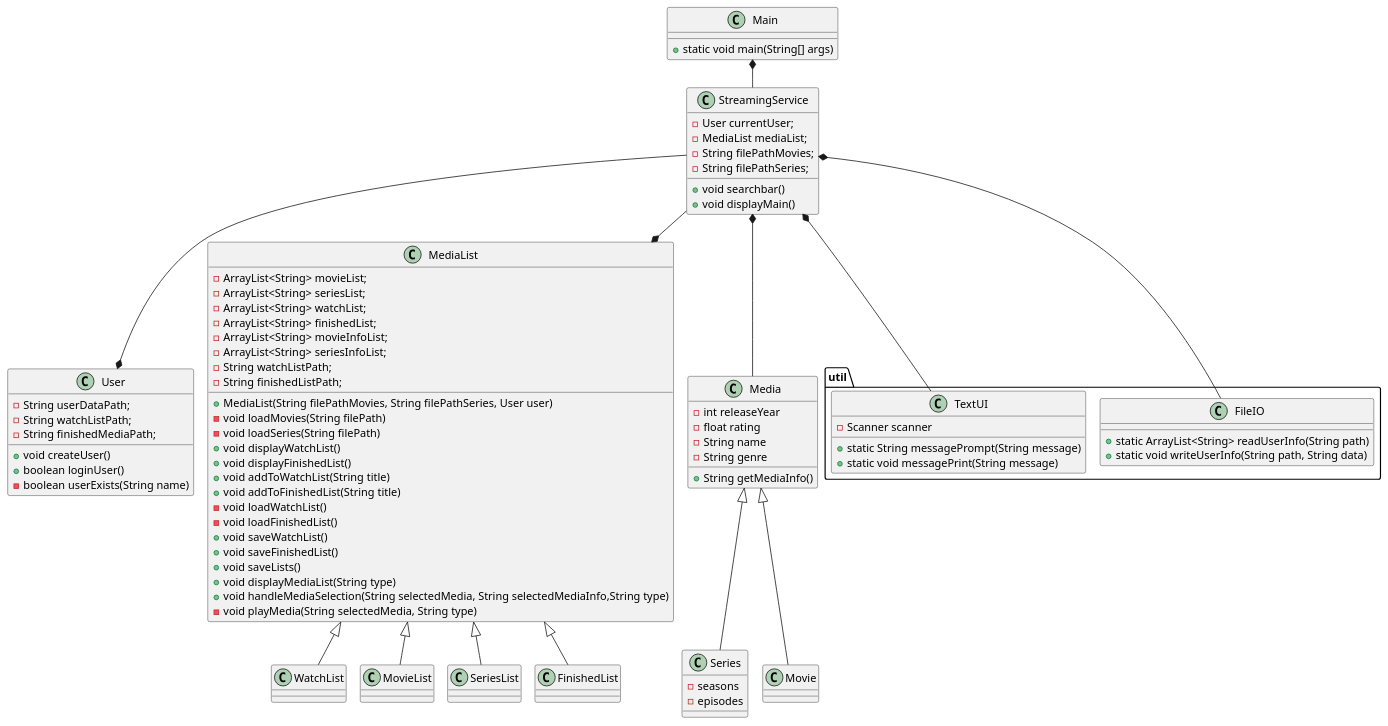
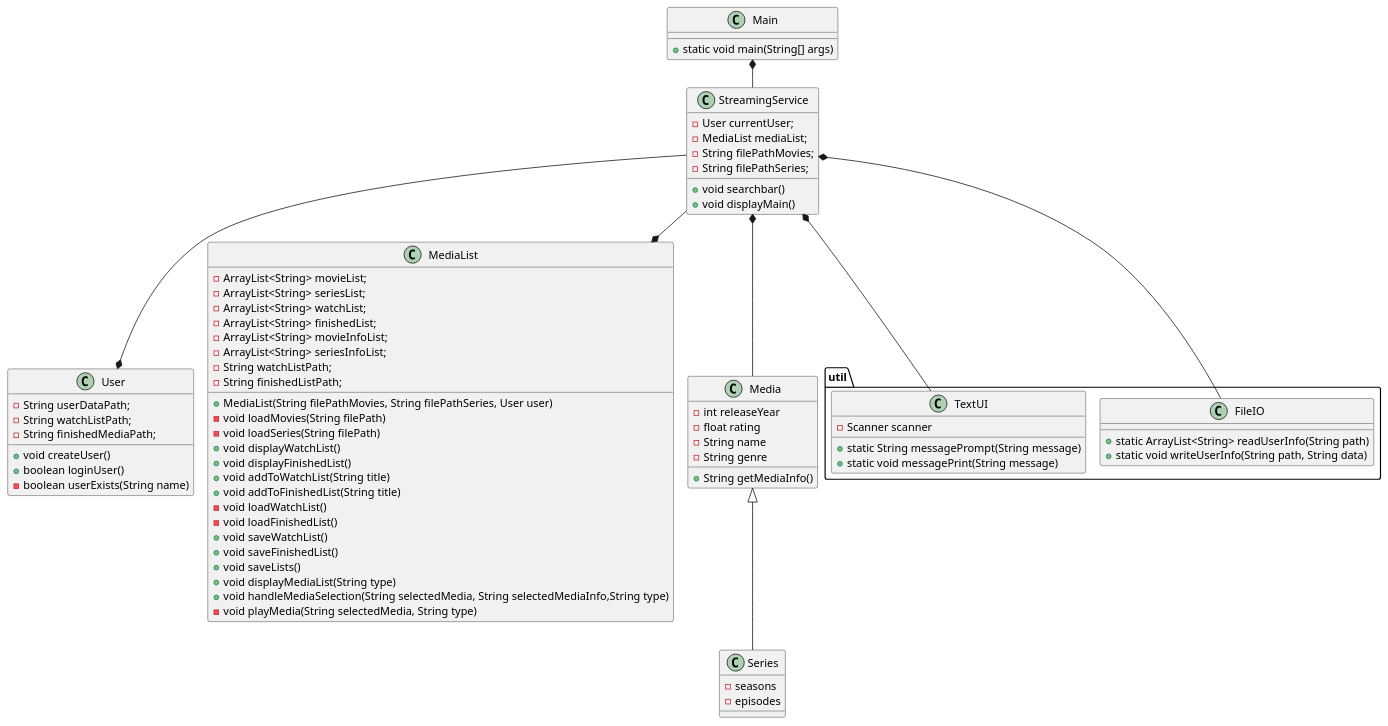
The diagram in doc/ClassDiagramV2.puml (AndreasKuke/SP3-TMA), drawn with PlantUML before and after one commit.

Commit message:
ClassDiagramV2 done

```diff
--- a/doc/ClassDiagramV2.puml
+++ b/doc/ClassDiagramV2.puml
@@ -1,117 +1,110 @@
 @startuml
 !pragma layout smetana
 'https://plantuml.com/class-diagram
 
 
 class User{
 - String userDataPath;
 - String watchListPath;
 - String finishedMediaPath;
 
 + void createUser()
 + boolean loginUser()
 - boolean userExists(String name)
 
 }
 
 class Main{
 
 + static void main(String[] args)
 }
 
 class StreamingService{
 
 + void searchbar()
 - User currentUser;
 - MediaList mediaList;
 - String filePathMovies;
 - String filePathSeries;
 + void displayMain()
 
 }
 
 class MediaList{
 
 -ArrayList<String> movieList;
 -ArrayList<String> seriesList;
 -ArrayList<String> watchList;
 -ArrayList<String> finishedList;
 -ArrayList<String> movieInfoList;
 -ArrayList<String> seriesInfoList;
 -String watchListPath;
 -String finishedListPath;
 
 +MediaList(String filePathMovies, String filePathSeries, User user)
 - void loadMovies(String filePath)
 - void loadSeries(String filePath)
 + void displayWatchList()
 + void displayFinishedList()
 + void addToWatchList(String title)
 + void addToFinishedList(String title)
 - void loadWatchList()
 - void loadFinishedList()
 + void saveWatchList()
 + void saveFinishedList()
 + void saveLists()
 + void displayMediaList(String type)
 + void handleMediaSelection(String selectedMedia, String selectedMediaInfo,String type)
 - void playMedia(String selectedMedia, String type)
 
 
 }
 
 package "util" {
 
 class FileIO{
 + static ArrayList<String> readUserInfo(String path)
 + static void writeUserInfo(String path, String data)
 
 }
 class TextUI{
 - Scanner scanner
 + static String messagePrompt(String message)
 + static void messagePrint(String message)
 
 }
 }
 
 class Media{
 
 - int releaseYear
 - float rating
 - String name
 - String genre
 + String getMediaInfo()
 
 
 }
 
 class Series{
 
 - seasons
 - episodes
 
 }
 
 
 
-Media <|-- Movie
 Media <|-- Series
 
 StreamingService *-- Media
 StreamingService --* User
 StreamingService --* MediaList
-
-
-MediaList <|-- WatchList
-MediaList <|-- MovieList
-MediaList <|-- SeriesList
-MediaList <|-- FinishedList
 
 Main *-- StreamingService
 
 
 StreamingService *-- TextUI
 StreamingService *-- FileIO
 
 @enduml
```
